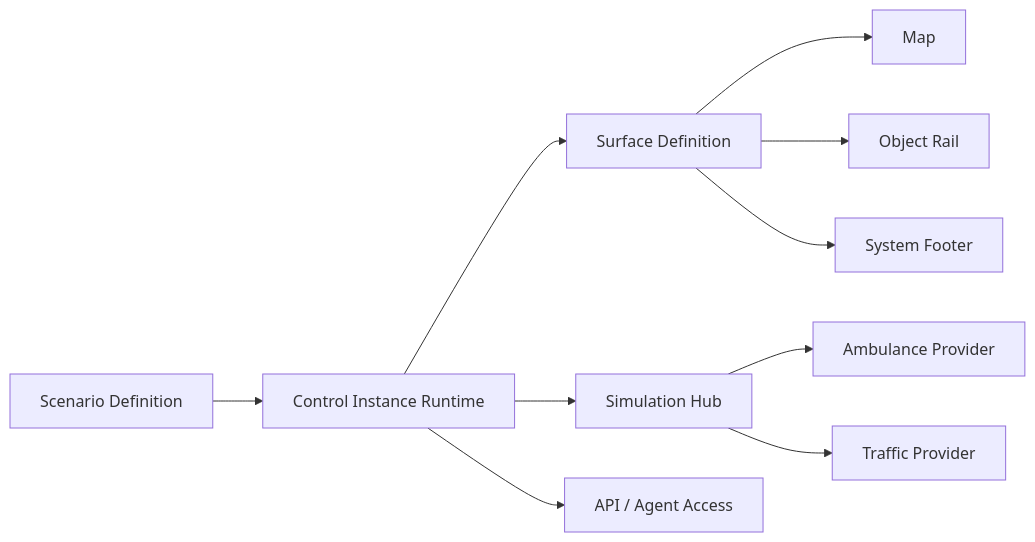
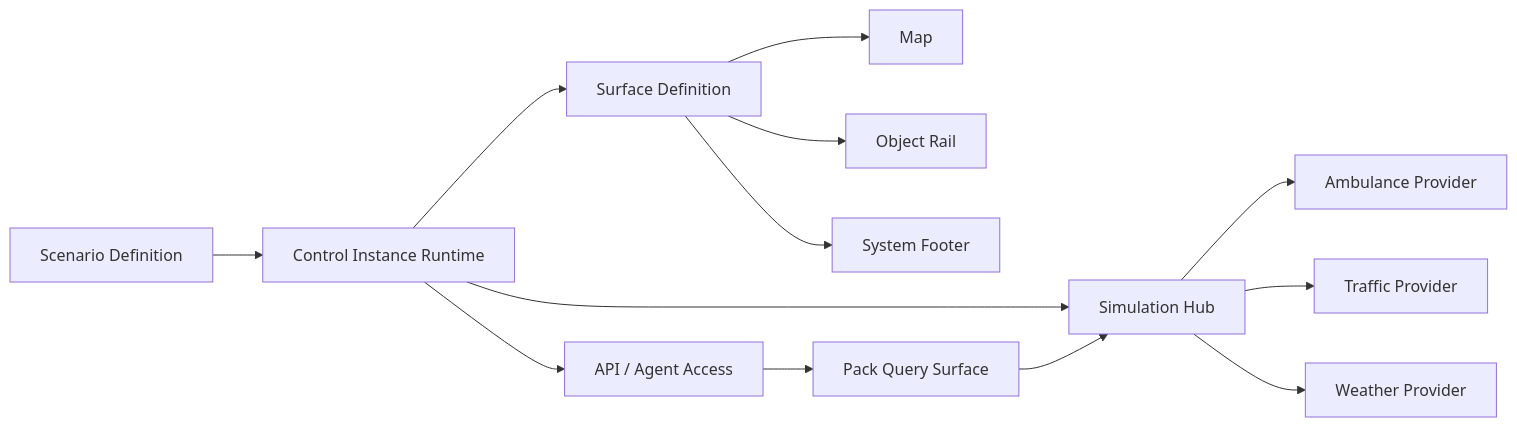
The second of 2 diagrams in wiki/concepts.md (samsinn-wikis/leitbild), drawn with Mermaid before and after one commit. The commit also changed other lines of this file and 6 other files, not shown here.

Commit message:
Document pack query surface

````diff
--- a/wiki/concepts.md
+++ b/wiki/concepts.md
@@ -61,12 +63,15 @@
 ```mermaid
 flowchart LR
   Scenario[Scenario Definition] --> Runtime[Control Instance Runtime]
   Runtime --> Surface[Surface Definition]
   Surface --> Map[Map]
   Surface --> Rail[Object Rail]
   Surface --> Footer[System Footer]
   Runtime --> SimHub[Simulation Hub]
   SimHub --> Ambulance[Ambulance Provider]
   SimHub --> Traffic[Traffic Provider]
+  SimHub --> Weather[Weather Provider]
   Runtime --> API[API / Agent Access]
+  API --> Query[Pack Query Surface]
+  Query --> SimHub
 ```
````
